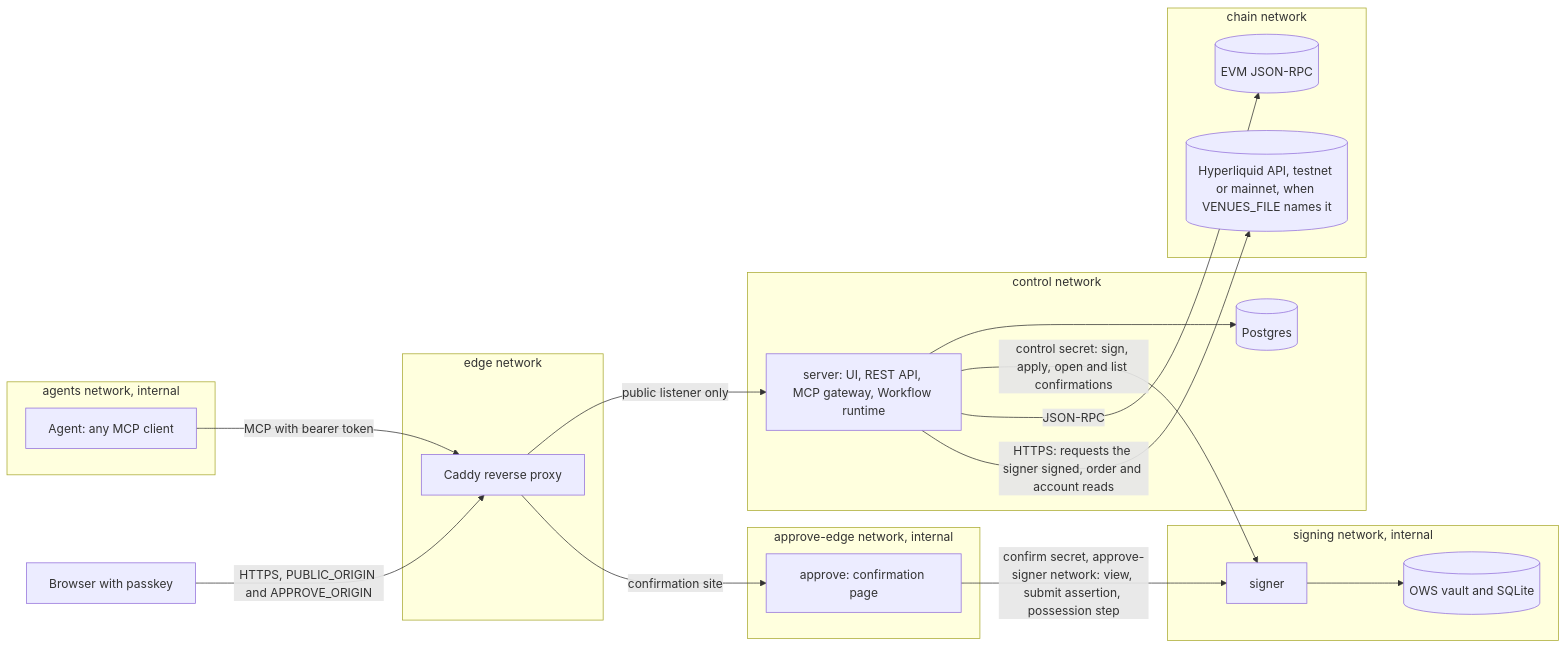
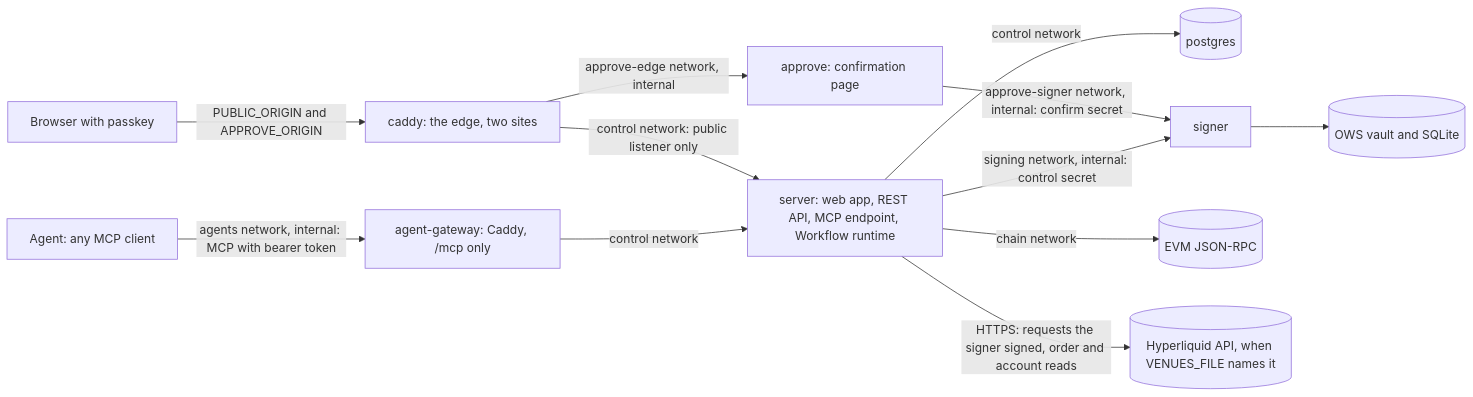
The first of 10 diagrams in docs/architecture.md (askgina/os), drawn with Mermaid before and after one commit. The commit also changed other lines of this file and 37 other files, not shown here.

````diff
--- a/docs/architecture.md
+++ b/docs/architecture.md
@@ -49,34 +56,25 @@
 ```mermaid
 flowchart LR
-  subgraph agentsNet [agents network, internal]
-    A[Agent: any MCP client]
-  end
-  subgraph edgeNet [edge network]
-    C[Caddy reverse proxy]
-  end
-  subgraph controlNet [control network]
-    S[server: UI, REST API, MCP gateway, Workflow runtime]
-    P[(Postgres)]
-  end
-  subgraph signingNet [signing network, internal]
-    G[signer]
-    V[(OWS vault and SQLite)]
-  end
-  subgraph approveEdgeNet [approve-edge network, internal]
-    AP[approve: confirmation page]
-  end
-  subgraph chainNet [chain network]
-    R[(EVM JSON-RPC)]
-    H[(Hyperliquid API, testnet or mainnet, when VENUES_FILE names it)]
-  end
-  B[Browser with passkey] -->|HTTPS, PUBLIC_ORIGIN and APPROVE_ORIGIN| C
-  A -->|MCP with bearer token| C
-  C -->|public listener only| S
-  C -->|confirmation site| AP
-  S --> P
-  S -->|control secret: sign, apply, open and list confirmations| G
-  AP -->|confirm secret, approve-signer network: view, submit assertion, possession step| G
+  B["Browser with passkey"]
+  A["Agent: any MCP client"]
+  AG["agent-gateway: Caddy, /mcp only"]
+  C["caddy: the edge, two sites"]
+  S["server: web app, REST API, MCP endpoint, Workflow runtime"]
+  P[("postgres")]
+  AP["approve: confirmation page"]
+  G["signer"]
+  V[("OWS vault and SQLite")]
+  R[("EVM JSON-RPC")]
+  H[("Hyperliquid API, when VENUES_FILE names it")]
+  B -->|"PUBLIC_ORIGIN and APPROVE_ORIGIN"| C
+  A -->|"agents network, internal: MCP with bearer token"| AG
+  AG -->|"control network"| S
+  C -->|"control network: public listener only"| S
+  C -->|"approve-edge network, internal"| AP
+  S -->|"control network"| P
+  S -->|"signing network, internal: control secret"| G
+  AP -->|"approve-signer network, internal: confirm secret"| G
   G --> V
-  S -->|JSON-RPC| R
-  S -->|HTTPS: requests the signer signed, order and account reads| H
+  S -->|"chain network"| R
+  S -->|"HTTPS: requests the signer signed, order and account reads"| H
 ```
````
